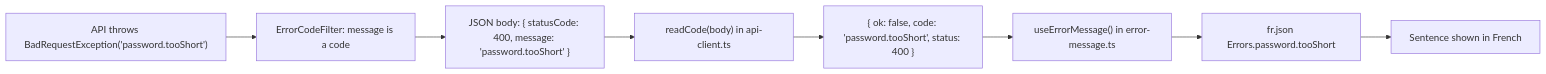
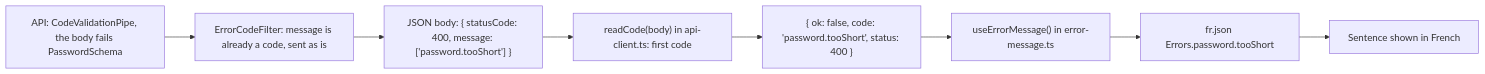
One commit to VictorBro/ft_transcendence changed the second of 4 diagrams in docs/web/04-talking-to-the-api.md. Above: the diagram before and after it, drawn with Mermaid. The commit also changed other lines of this file and 85 other files, not shown here.

````diff
--- a/docs/web/04-talking-to-the-api.md
+++ b/docs/web/04-talking-to-the-api.md
@@ -121,10 +122,10 @@
 ```mermaid
 flowchart LR
-  A["API throws BadRequestException('password.tooShort')"] --> F["ErrorCodeFilter: message is a code"]
-  F --> J["JSON body: { statusCode: 400, message: 'password.tooShort' }"]
-  J --> R["readCode(body) in api-client.ts"]
+  A["API: CodeValidationPipe, the body fails PasswordSchema"] --> F["ErrorCodeFilter: message is already a code, sent as is"]
+  F --> J["JSON body: { statusCode: 400, message: ['password.tooShort'] }"]
+  J --> R["readCode(body) in api-client.ts: first code"]
   R --> RES["{ ok: false, code: 'password.tooShort', status: 400 }"]
   RES --> H["useErrorMessage() in error-message.ts"]
   H --> T["fr.json Errors.password.tooShort"]
   T --> S["Sentence shown in French"]
 ```
````
